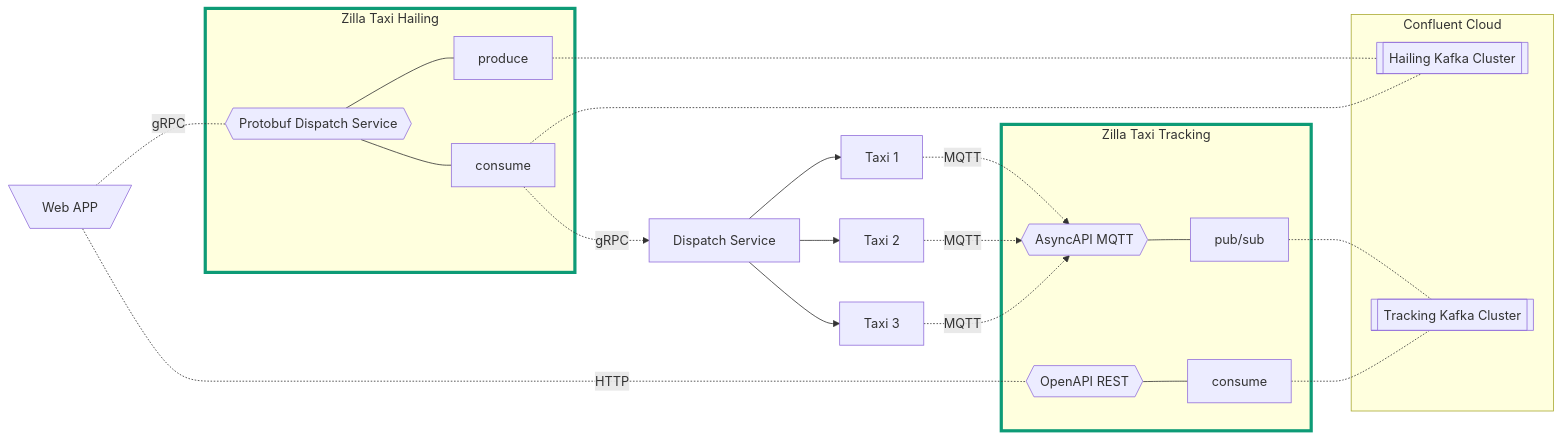
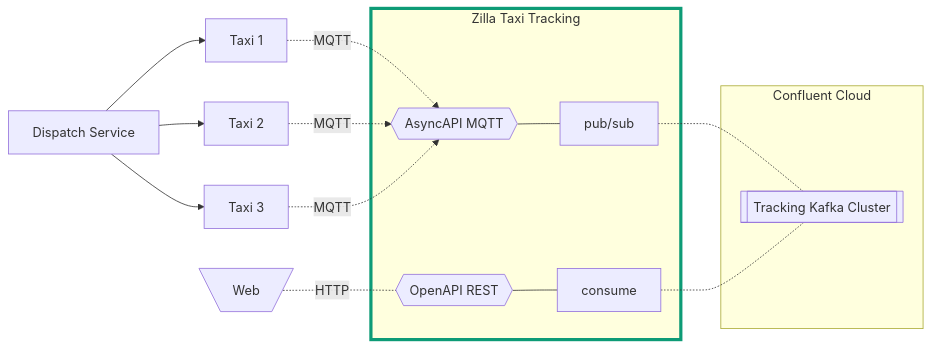
One commit to aklivity/zilla-demos changed the diagram in taxi/README.md. Above: the diagram before and after it, drawn with Mermaid. The commit also changed other lines of this file and 2 other files, not shown here.

````diff
--- a/taxi/README.md
+++ b/taxi/README.md
@@ -7,33 +47,21 @@
 ```mermaid
 flowchart LR
-    style app1 stroke:#0d9b76,stroke-width:4px
-    style app2 stroke:#0d9b76,stroke-width:4px
+    style zilla1 stroke:#0d9b76,stroke-width:4px
 
-    tmuisr[\Web APP/] -.- |gRPC| zhgs
-    subgraph app1 [Zilla Taxi Hailing]
-            zhgs{{Protobuf Dispatch Service}}
-            zhgs --- zhig[consume]
-            zhgs --- zheg[produce]
-    end
+    tsgrpc[Dispatch Service] --> ttiot[Taxi 1] & ttiotb[Taxi 2] & ttiotc[Taxi 3]
 
-    zhig -.-> |gRPC| tsgrpc[Dispatch Service]
-    tsgrpc --> ttiot[Taxi 1] & ttiotb[Taxi 2] & ttiotc[Taxi 3]
+    tmuisr[\Web/] -.- |HTTP| ztos
 
-    tmuisr -.- |HTTP| ztos
-
-    subgraph app2 [Zilla Taxi Tracking]
+    subgraph zilla1 [Zilla Taxi Tracking]
             ztos{{OpenAPI REST}} --- ztoc[consume]
             ztas{{AsyncAPI MQTT}} --- ztapc[pub/sub]
     end
 
     ttiot & ttiotb & ttiotc -.-> |MQTT| ztas
 
     subgraph cc [Confluent Cloud]
-        ccsm[[Hailing Kafka Cluster]]
-        zheg -.- ccsm
-        zhig -.- ccsm
         cciot[[Tracking Kafka Cluster]]
         ztapc -.- cciot
         ztoc -.- cciot
     end
 ```
````
